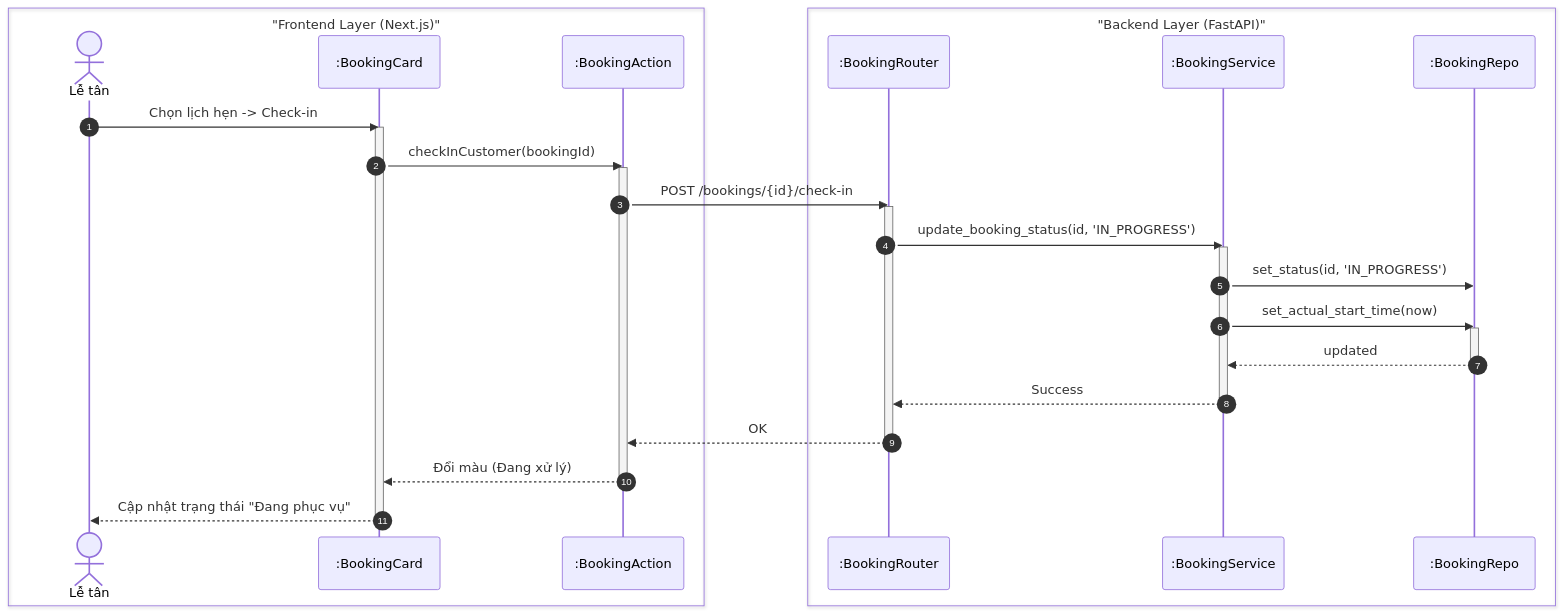
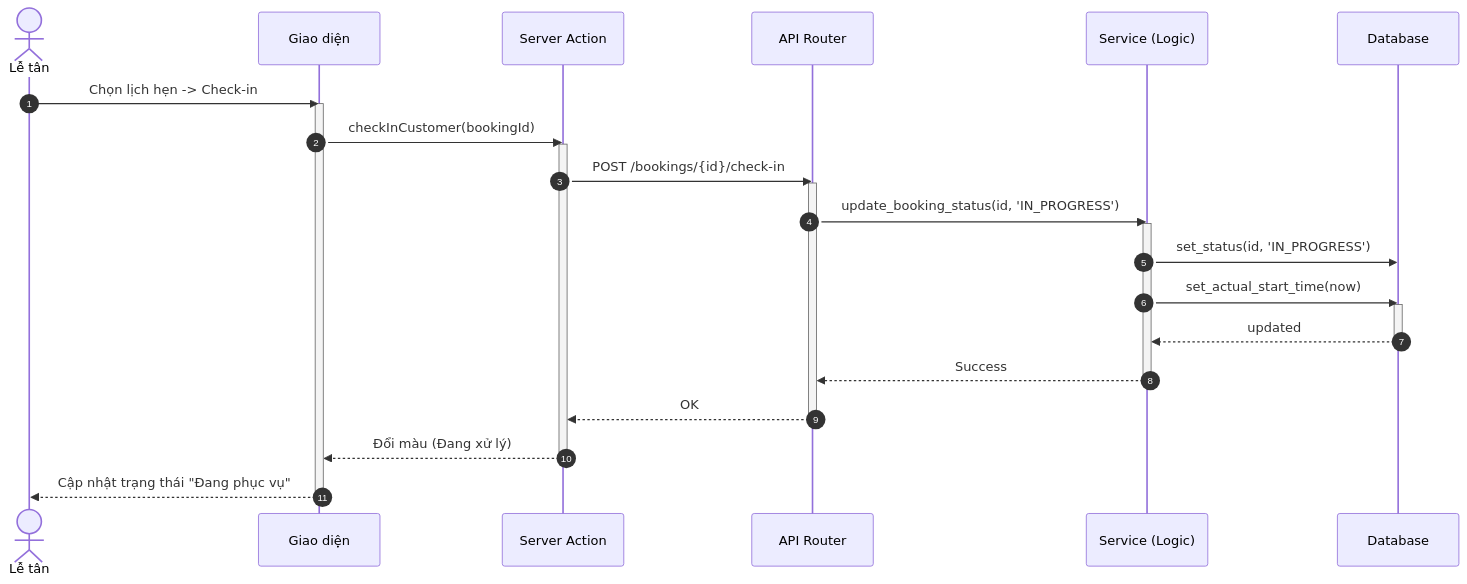
One commit to ngoctinn/Synapse changed the third of 4 diagrams in docs/design/sequences/receptionist_flows.md. Above: the diagram before and after it, drawn with Mermaid. The commit also changed other lines of this file and 4 other files, not shown here.

Commit message:
docs: Add initial sequence diagrams for admin, authentication, customer, receptionist, and technician flows.

````diff
--- a/docs/design/sequences/receptionist_flows.md
+++ b/docs/design/sequences/receptionist_flows.md
@@ -136,44 +126,39 @@
 ```mermaid
 sequenceDiagram
     autonumber
-    box "Frontend Layer (Next.js)"
-        actor LT as Lễ tân
-        participant UI as :BookingCard
-        participant BFF as :BookingAction
-    end
-
-    box "Backend Layer (FastAPI)"
-        participant API as :BookingRouter
-        participant S as :BookingService
-        participant DB as :BookingRepo
-    end
+    actor LT as Lễ tân
+    participant UI as Giao diện
+    participant BFF as Server Action
+    participant API as API Router
+    participant S as Service (Logic)
+    participant DB as Database
 
     LT->>UI: Chọn lịch hẹn -> Check-in
     activate UI
     UI->>BFF: checkInCustomer(bookingId)
     activate BFF
 
     BFF->>API: POST /bookings/{id}/check-in
     activate API
 
     API->>S: update_booking_status(id, 'IN_PROGRESS')
     activate S
 
     S->>DB: set_status(id, 'IN_PROGRESS')
     S->>DB: set_actual_start_time(now)
     activate DB
     DB-->>S: updated
     deactivate DB
 
     S-->>API: Success
     deactivate S
 
     API-->>BFF: OK
     deactivate API
 
     BFF-->>UI: Đổi màu (Đang xử lý)
     deactivate BFF
 
     UI-->>LT: Cập nhật trạng thái "Đang phục vụ"
     deactivate UI
 ```
````
